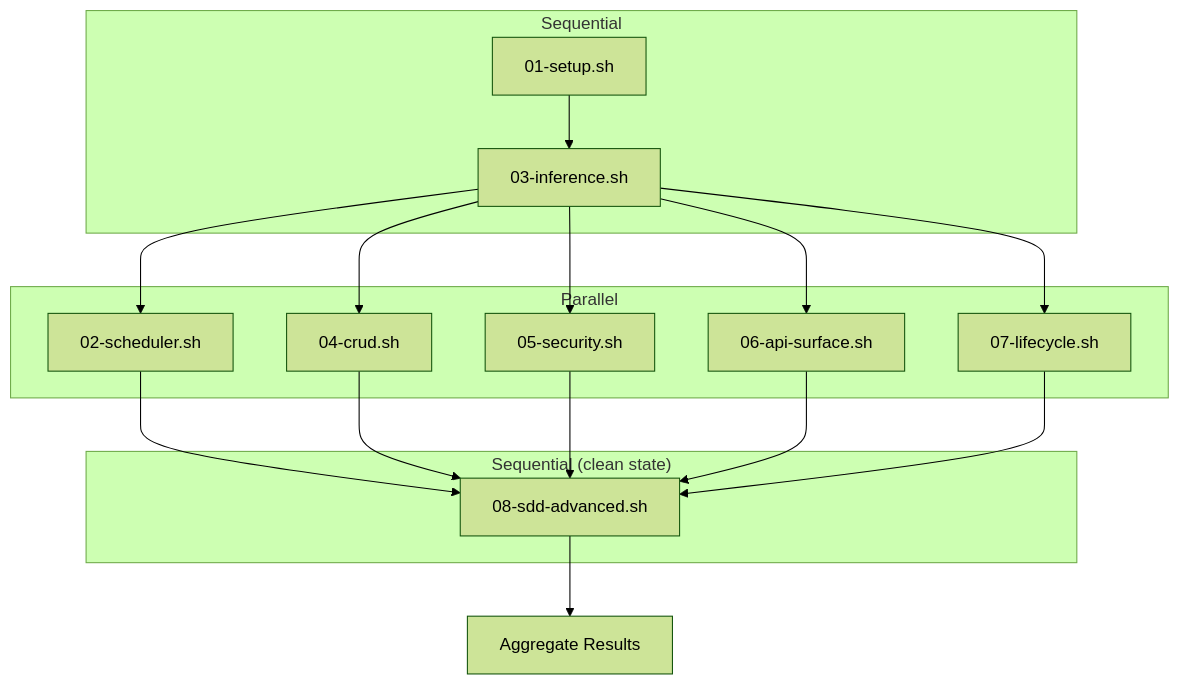
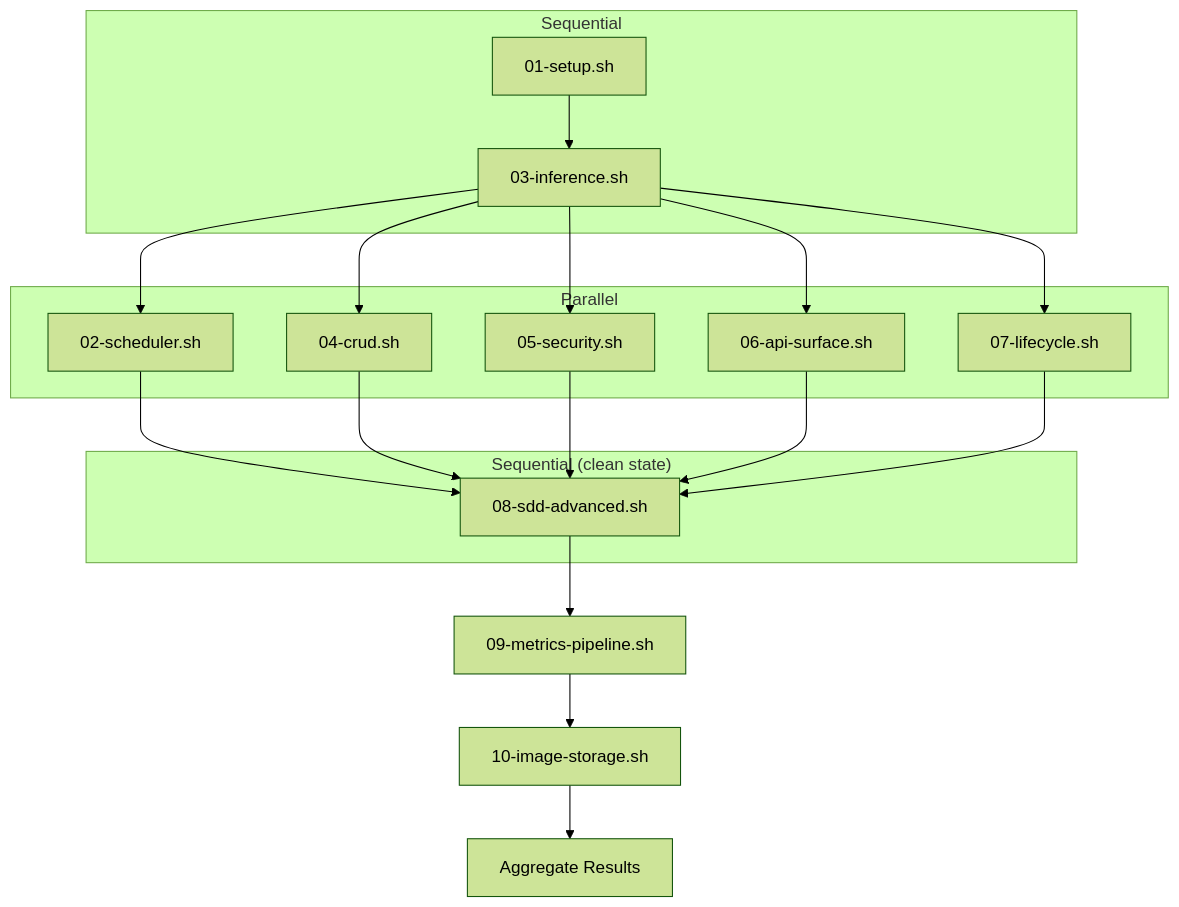
The first of 9 diagrams in scripts/e2e/README.md (beegy-labs/veronex), drawn with Mermaid (forest theme) before and after one commit. The commit also changed other lines of this file and 154 other files, not shown here.

Commit message:
feat: image storage, metrics pipeline, Scale-In fix, flow chart improvements (#21)

````diff
--- a/scripts/e2e/README.md
+++ b/scripts/e2e/README.md
@@ -23,24 +23,26 @@
 ```mermaid
 flowchart TD
     subgraph "Sequential"
         S01["01-setup.sh"]
         S03["03-inference.sh"]
         S01 --> S03
     end
 
     subgraph "Parallel"
         P02["02-scheduler.sh"]
         P04["04-crud.sh"]
         P05["05-security.sh"]
         P06["06-api-surface.sh"]
         P07["07-lifecycle.sh"]
     end
 
     subgraph "Sequential (clean state)"
         S08["08-sdd-advanced.sh"]
     end
 
     S03 --> P02 & P04 & P05 & P06 & P07
     P02 & P04 & P05 & P06 & P07 --> S08
-    S08 --> Result["Aggregate Results"]
+    S08 --> S09["09-metrics-pipeline.sh"]
+    S09 --> S10["10-image-storage.sh"]
+    S10 --> Result["Aggregate Results"]
 ```
````
